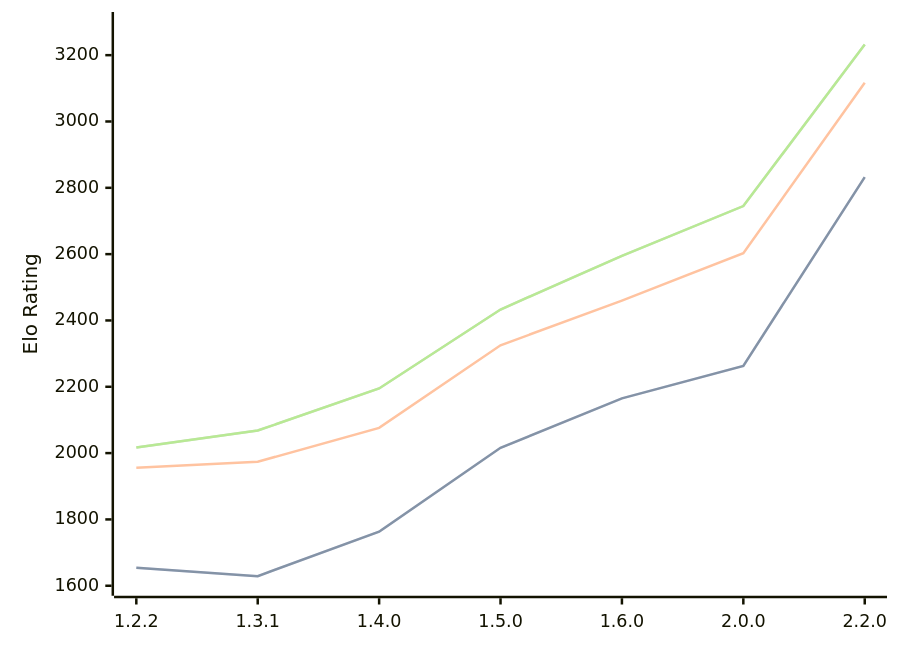
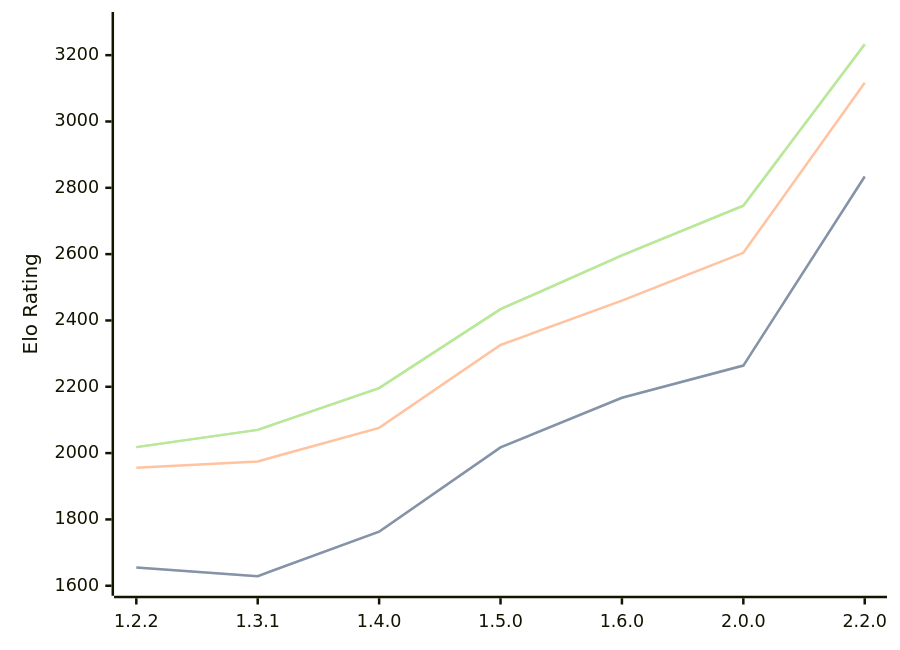
One commit to computer-chess-index/cci changed the first of 3 diagrams in engines/SoloEngine.md. Above: the diagram before and after it, drawn with Mermaid. The commit also changed other lines of this file, not shown here.

Commit message:
Update CCI Ratings (ELO VLTC) - 2026-06-30

````diff
--- a/engines/SoloEngine.md
+++ b/engines/SoloEngine.md
@@ -38,11 +38,11 @@
 ```mermaid
 %%{init: {"theme":"base","themeVariables":{"seriesColors:['#a3a3a3','#222221','#faa371']}}}%%
 xychart-beta
   x-axis ["1.2.2", "1.3.1", "1.4.0", "1.5.0", "1.6.0", "2.0.0", "2.2.0"]
   y-axis "Elo Rating" 1600 --> 3300
-  line "STC (8.0+0.08s)" [1654, 1629, 1763, 2016, 2165, 2263, 2832]
-  line "STC (8.0+0.08s)" [1654, 1629, 1763, 2016, 2165, 2263, 2832]
-  line "LTC (60.0+0.60s)" [1956, 1974, 2076, 2325, 2460, 2603, 3117]
-  line "VLTC (2m24s+1.12s)" [2017, 2068, 2195, 2433, 2595, 2745, 3232]
-  line "VLTC (2m24s+1.12s)" [2017, 2068, 2195, 2433, 2595, 2745, 3232]
+  line "STC (8.0+0.08s)" [1655, 1629, 1763, 2017, 2167, 2264, 2834]
+  line "STC (8.0+0.08s)" [1655, 1629, 1763, 2017, 2167, 2264, 2834]
+  line "LTC (60.0+0.60s)" [1956, 1975, 2076, 2326, 2460, 2604, 3117]
+  line "VLTC (2m24s+1.12s)" [2018, 2070, 2196, 2434, 2596, 2746, 3233]
+  line "VLTC (2m24s+1.12s)" [2018, 2070, 2196, 2434, 2596, 2746, 3233]
 ```
````
